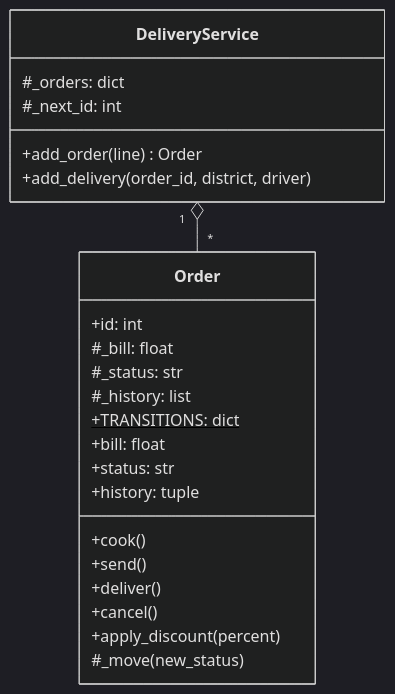
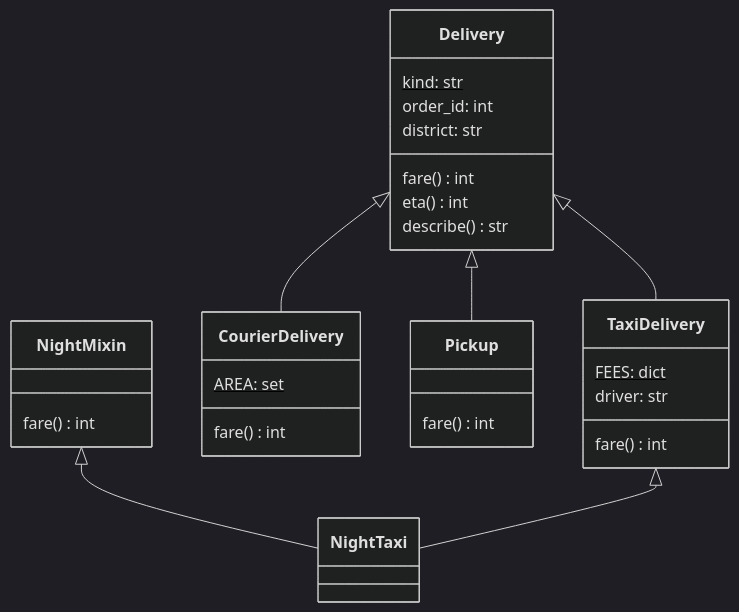
The third of 4 diagrams in docs/modules/m2/lesson_21.md (AlinaRadchenko/PY-Course-Victor-Nikoriak-22-09-2026), drawn with Mermaid (dark theme) before and after one commit. The commit also changed other lines of this file and 1846 other files, not shown here.

````diff
--- a/docs/modules/m2/lesson_21.md
+++ b/docs/modules/m2/lesson_21.md
@@ -482,26 +331,31 @@
 ```mermaid
 classDiagram
-    class Order {
-        +id: int
-        #_bill: float
-        #_status: str
-        #_history: list
-        +TRANSITIONS: dict$
-        +bill: float
-        +status: str
-        +history: tuple
-        +cook()
-        +send()
-        +deliver()
-        +cancel()
-        +apply_discount(percent)
-        #_move(new_status)
+    class Delivery {
+        kind: str$
+        order_id: int
+        district: str
+        fare() int
+        eta() int
+        describe() str
     }
-    class DeliveryService {
-        #_orders: dict
-        #_next_id: int
-        +add_order(line) Order
-        +add_delivery(order_id, district, driver)
+    class TaxiDelivery {
+        FEES: dict$
+        driver: str
+        fare() int
     }
-    DeliveryService "1" o-- "*" Order
+    class CourierDelivery {
+        AREA: set$
+        fare() int
+    }
+    class Pickup {
+        fare() int
+    }
+    class NightMixin {
+        fare() int
+    }
+    Delivery <|-- TaxiDelivery
+    Delivery <|-- CourierDelivery
+    Delivery <|-- Pickup
+    NightMixin <|-- NightTaxi
+    TaxiDelivery <|-- NightTaxi
 ```
````
